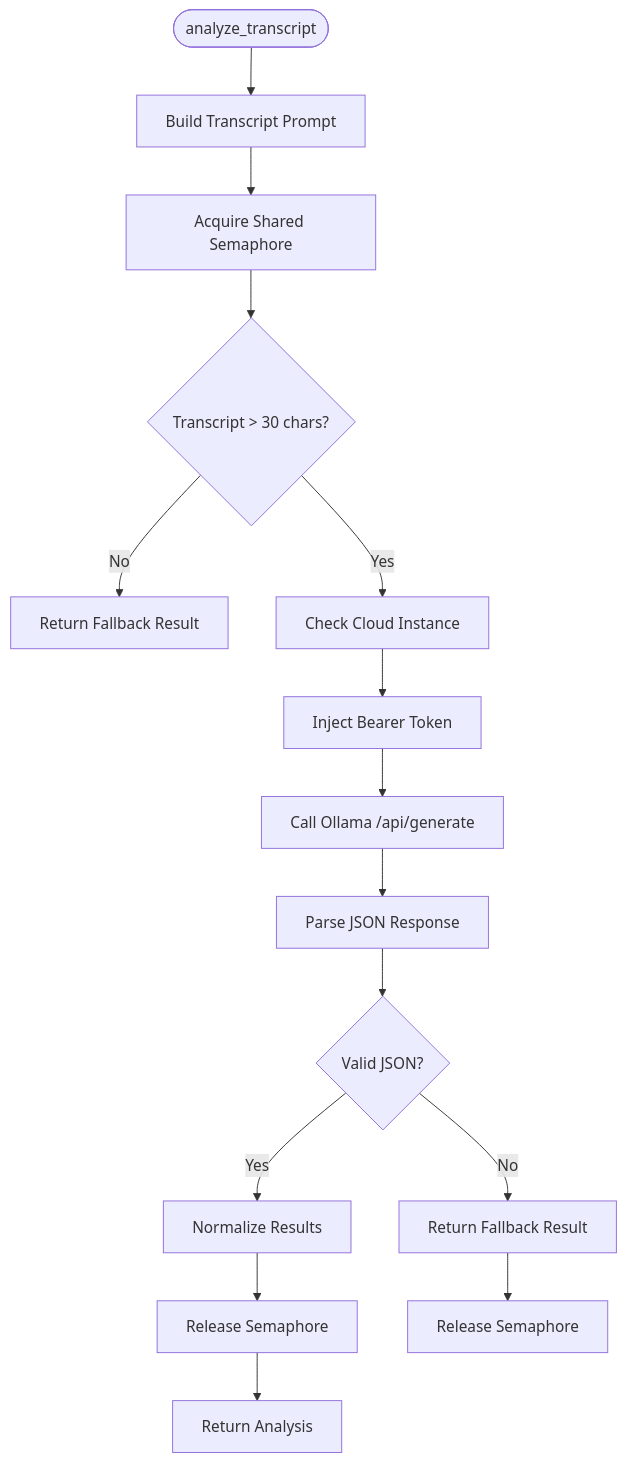
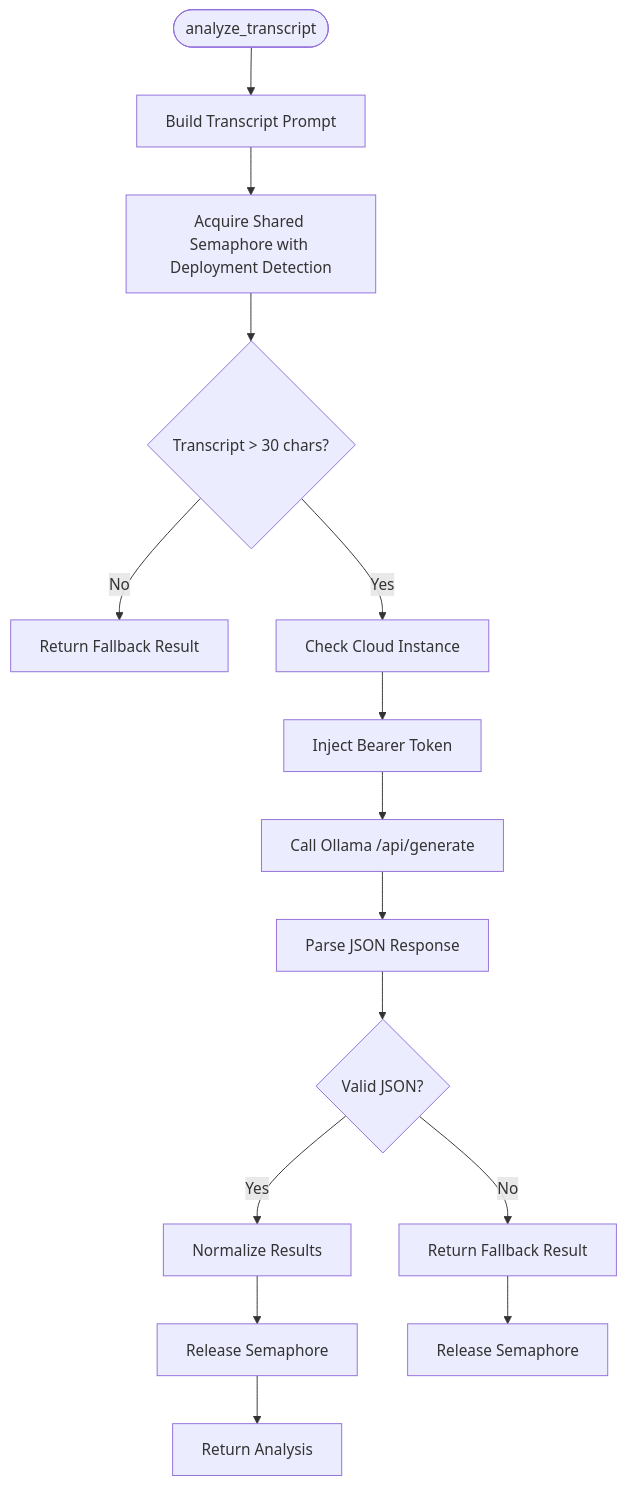
Before and after one commit to Revanththetalogics/aireume: diagram 11 of 18 in .qoder/repowiki/en/content/Analysis Engine/LLM Service Integration.md, drawn with Mermaid. The commit also changed other lines of this file and 6 other files, not shown here.

````diff
--- a/.qoder/repowiki/en/content/Analysis Engine/LLM Service Integration.md
+++ b/.qoder/repowiki/en/content/Analysis Engine/LLM Service Integration.md
@@ -637,17 +707,17 @@
 ```mermaid
 flowchart TD
 Start(["analyze_transcript"]) --> BuildPrompt["Build Transcript Prompt"]
-BuildPrompt --> AcquireSem["Acquire Shared Semaphore"]
+BuildPrompt --> AcquireSem["Acquire Shared Semaphore with Deployment Detection"]
 AcquireSem --> CheckLength{"Transcript > 30 chars?"}
 CheckLength --> |No| Fallback["Return Fallback Result"]
 CheckLength --> |Yes| CloudCheck["Check Cloud Instance"]
 CloudCheck --> InjectHeaders["Inject Bearer Token"]
 InjectHeaders --> CallLLM["Call Ollama /api/generate"]
 CallLLM --> ParseJSON["Parse JSON Response"]
 ParseJSON --> Valid{"Valid JSON?"}
 Valid --> |Yes| Normalize["Normalize Results"]
 Normalize --> ReleaseSem["Release Semaphore"]
 ReleaseSem --> Return["Return Analysis"]
 Valid --> |No| Fallback2["Return Fallback Result"]
 Fallback2 --> ReleaseSem2["Release Semaphore"]
 ```
````
